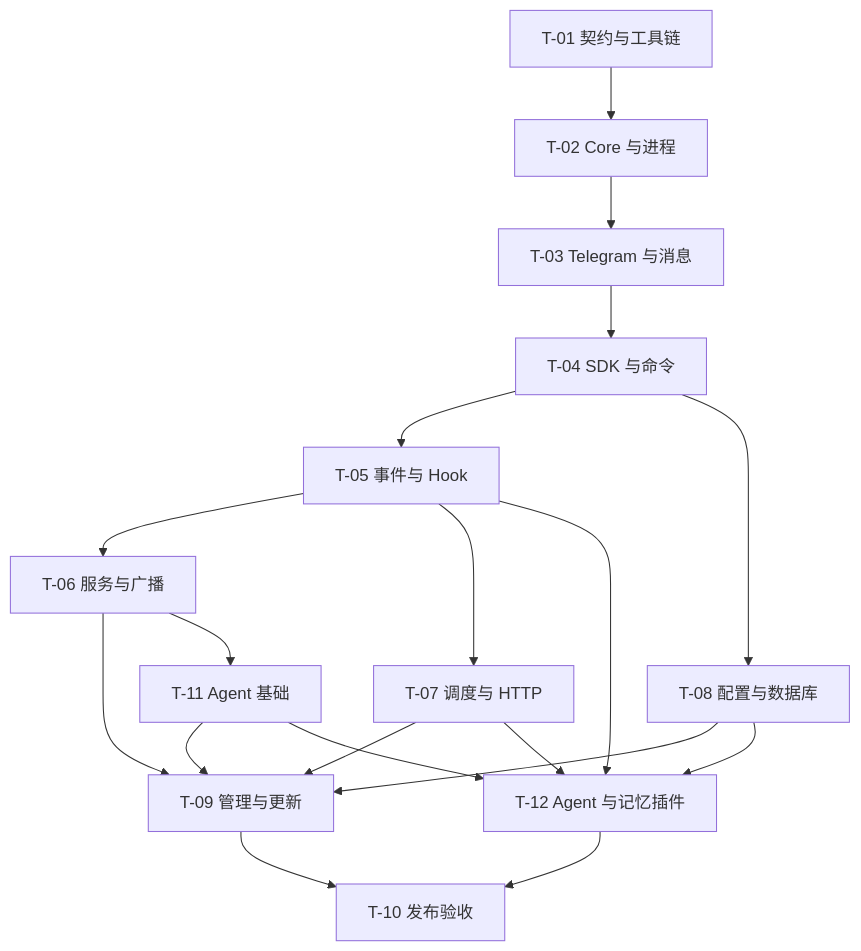
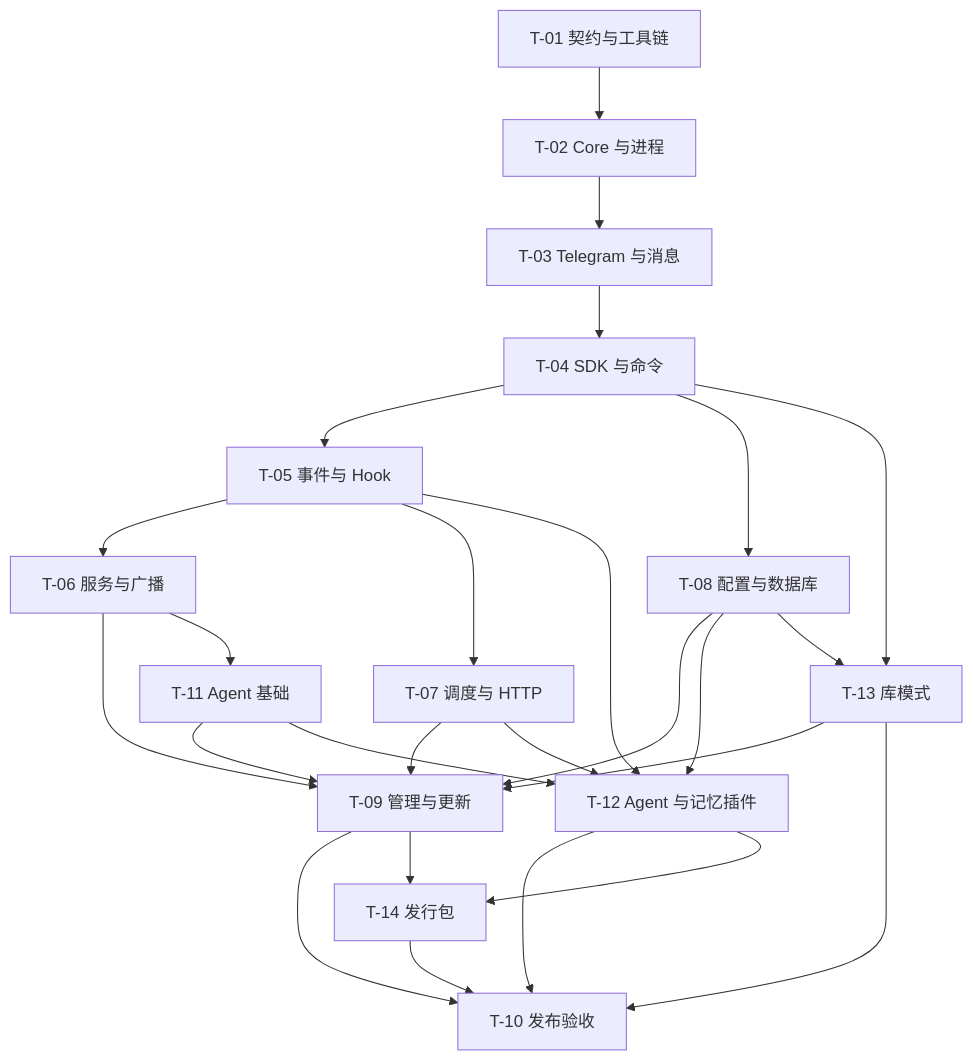
The diagram in spec/PLAN.md (AlonaBot/AlonaBot), drawn with Mermaid before and after one commit. The commit also changed other lines of this file and 11 other files, not shown here.

````diff
--- a/spec/PLAN.md
+++ b/spec/PLAN.md
@@ -61,21 +66,28 @@
 ```mermaid
 flowchart TD
   T01["T-01 契约与工具链"] --> T02["T-02 Core 与进程"]
   T02 --> T03["T-03 Telegram 与消息"]
   T03 --> T04["T-04 SDK 与命令"]
   T04 --> T05["T-05 事件与 Hook"]
   T04 --> T08["T-08 配置与数据库"]
   T05 --> T06["T-06 服务与广播"]
   T05 --> T07["T-07 调度与 HTTP"]
   T06 --> T09["T-09 管理与更新"]
   T07 --> T09
   T08 --> T09
   T06 --> T11["T-11 Agent 基础"]
   T11 --> T09
   T11 --> T12["T-12 Agent 与记忆插件"]
   T05 --> T12
   T07 --> T12
   T08 --> T12
   T09 --> T10["T-10 发布验收"]
   T12 --> T10
+  T04 --> T13["T-13 库模式"]
+  T08 --> T13
+  T13 --> T09
+  T09 --> T14["T-14 发行包"]
+  T12 --> T14
+  T13 --> T10
+  T14 --> T10
 ```
````
